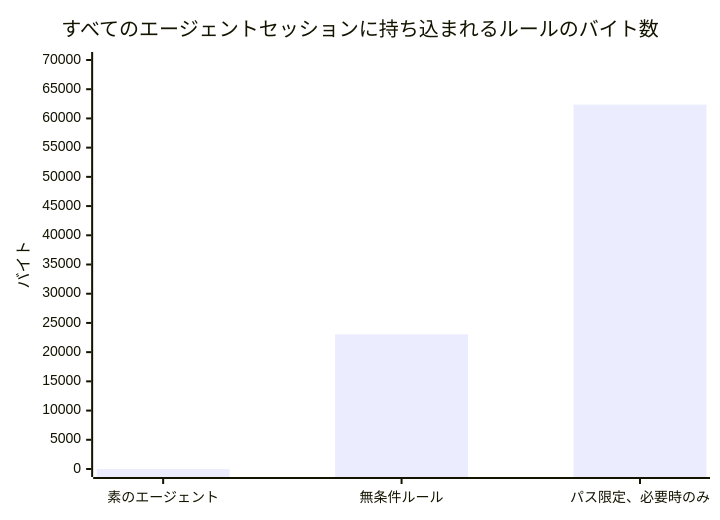
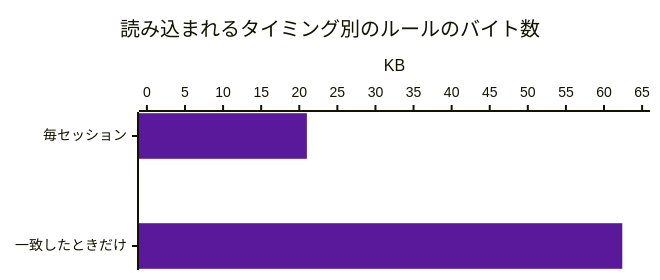
The second of 3 diagrams in benchmark/RESULTS.ja.md (nguyenhx2/agent-harness-bootstrap), drawn with Mermaid before and after one commit. The commit also changed other lines of this file and 364 other files, not shown here.

````diff
--- a/benchmark/RESULTS.ja.md
+++ b/benchmark/RESULTS.ja.md
@@ -99,7 +88,8 @@
 ```mermaid
-xychart-beta
-    title "すべてのエージェントセッションに持ち込まれるルールのバイト数"
-    x-axis ["素のエージェント", "無条件ルール", "パス限定、必要時のみ"]
-    y-axis "バイト" 0 --> 70000
-    bar [0, 23047, 62365]
+%%{init: {"xyChart": {"height": 260, "width": 640}, "themeVariables": {"xyChart": {"plotColorPalette": "#5A189A"}}}}%%
+xychart-beta horizontal
+    title "読み込まれるタイミング別のルールのバイト数"
+    x-axis ["毎セッション", "一致したときだけ"]
+    y-axis "KB" 0 --> 65
+    bar [21.0, 62.4]
 ```
````
